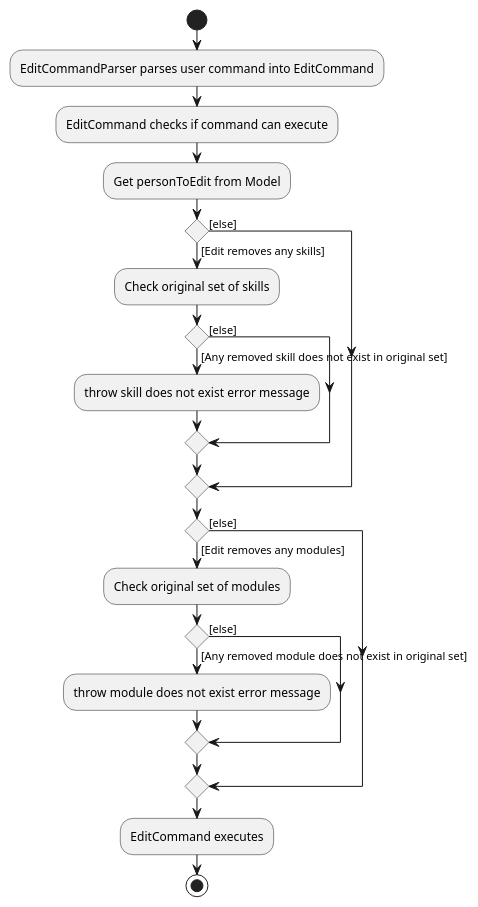
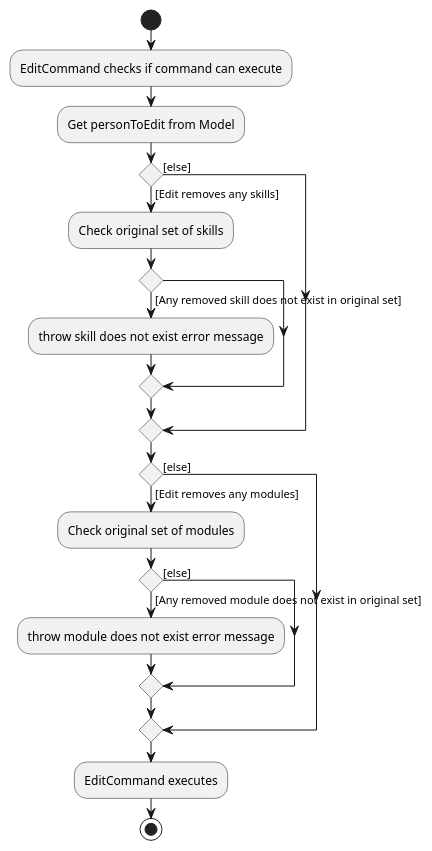
One commit to nus-cs2103-AY2223S2/tp changed the diagram in docs/diagrams/EditCommandCheckActivityDiagram.puml. Above: the diagram before and after it, drawn with PlantUML. The commit also changed 8 other files, not shown here.

Commit message:
Add more diagrams for EditCommand

```diff
--- a/docs/diagrams/EditCommandCheckActivityDiagram.puml
+++ b/docs/diagrams/EditCommandCheckActivityDiagram.puml
@@ -1,28 +1,26 @@
 @startuml
 start
-:EditCommandParser parses user command into EditCommand;
 :EditCommand checks if command can execute;
 :Get personToEdit from Model;
 
 'Since the beta syntax does not support placing the condition outside the
 'diamond we place it as the true branch instead.
 
 if () then ([Edit removes any skills])
     :Check original set of skills;
     if () then ([Any removed skill does not exist in original set])
         :throw skill does not exist error message;
-    else ([else])
     endif
 else ([else])
 endif
 if () then ([Edit removes any modules])
     :Check original set of modules;
     if () then ([Any removed module does not exist in original set])
         :throw module does not exist error message;
     else ([else])
     endif
 else ([else])
 endif
 :EditCommand executes;
 stop
 @enduml
```
